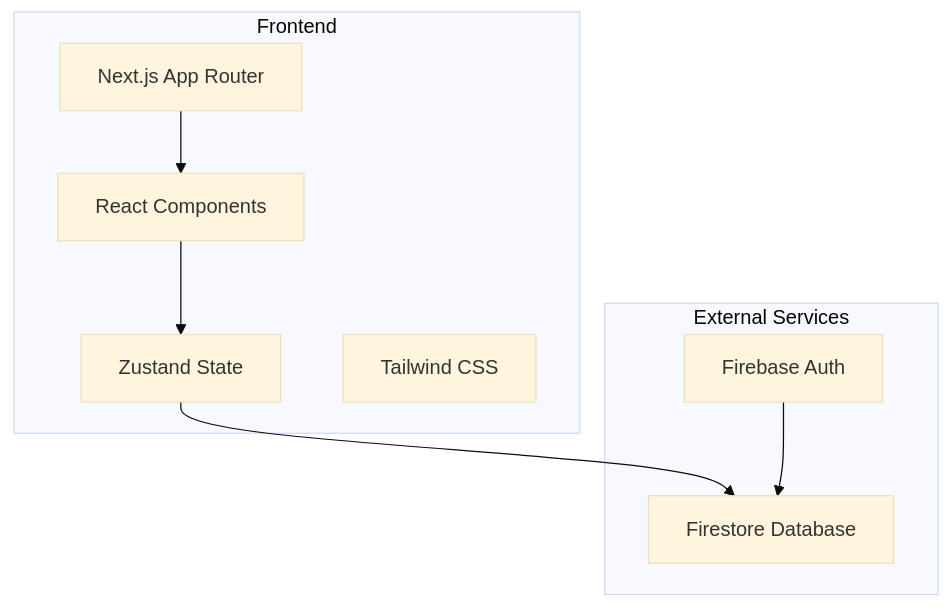
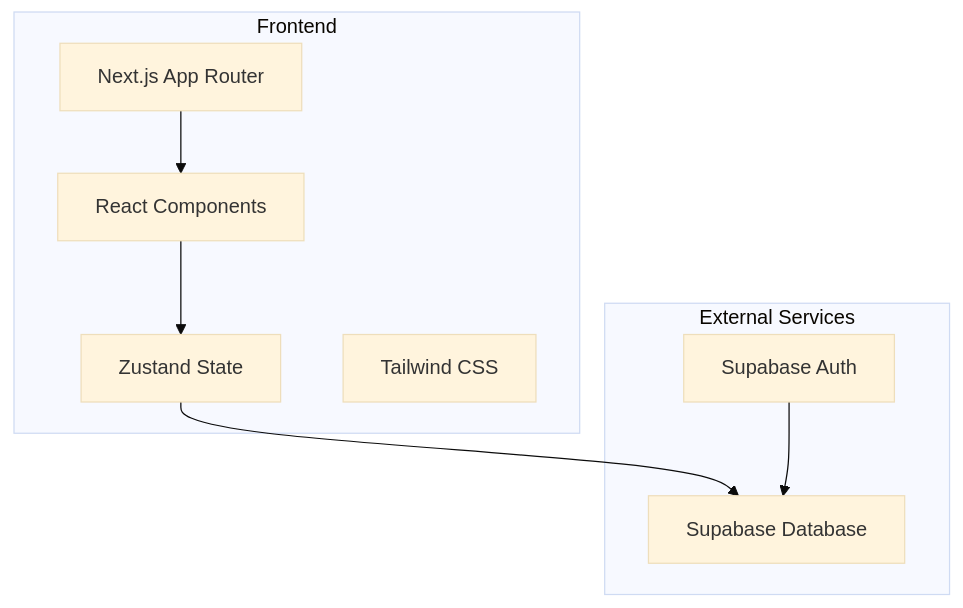
The first of 2 diagrams in .trae/documents/arch.md (Tanox/VeloForm), drawn with Mermaid (base theme) before and after one commit. The commit also changed other lines of this file and 22 other files, not shown here.

````diff
--- a/.trae/documents/arch.md
+++ b/.trae/documents/arch.md
@@ -3,17 +7,17 @@
 ```mermaid
 graph TB
   subgraph Frontend
     A[Next.js App Router]
     B[React Components]
     C[Zustand State]
     D[Tailwind CSS]
   end
   subgraph External Services
-    E[Firebase Auth]
-    F[Firestore Database]
+    E[Supabase Auth]
+    F[Supabase Database]
   end
   A --> B
   B --> C
   C --> F
   E --> F
 ```
````
